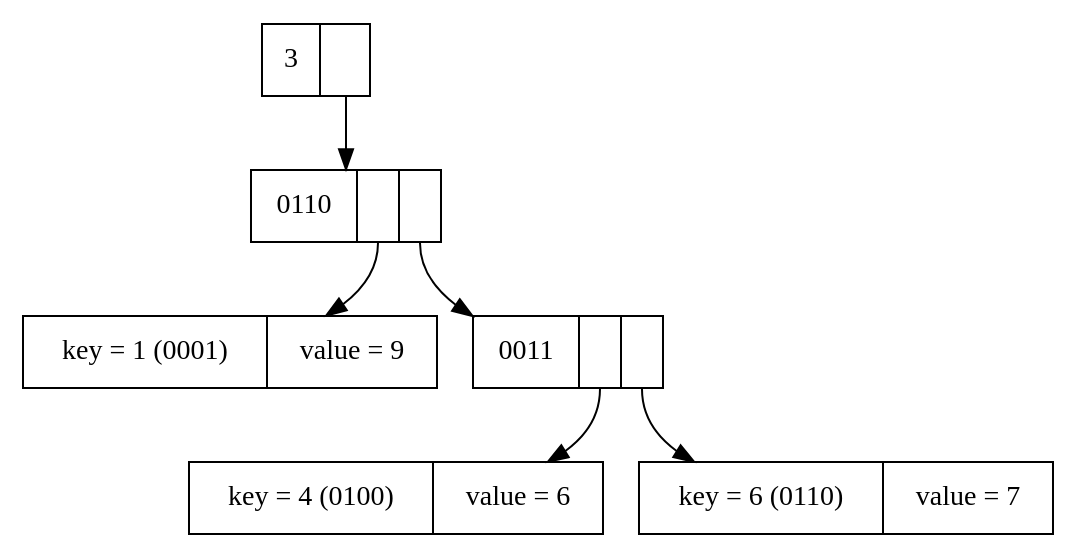
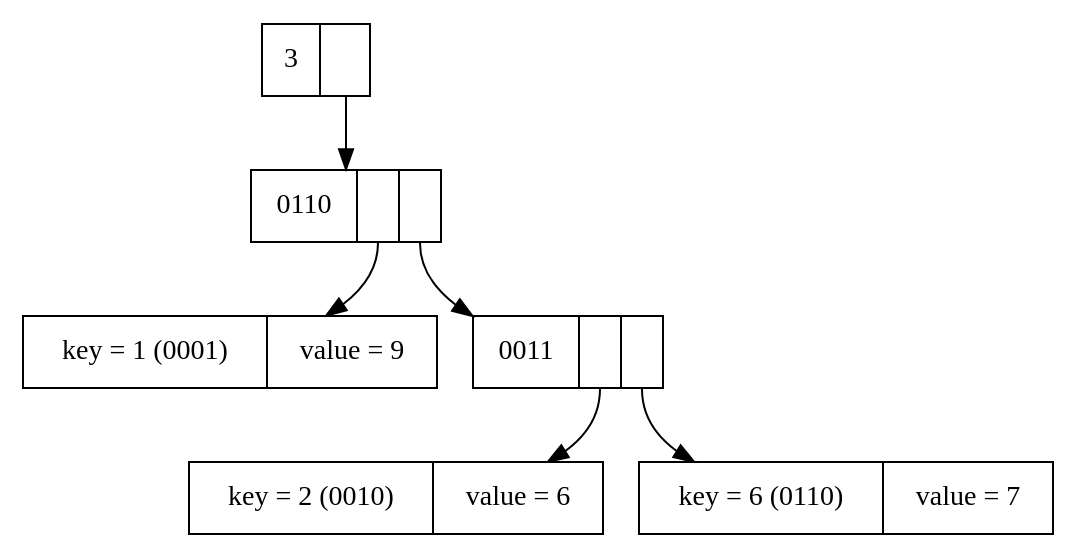
One commit to jpdarago/charla-funcional changed the diagram in dot/hamt-comprimido.dot. Above: the diagram before and after it, drawn with Graphviz. The commit also changed 2 other files, not shown here.

```diff
--- a/dot/hamt-comprimido.dot
+++ b/dot/hamt-comprimido.dot
@@ -1,31 +1,31 @@
 digraph hamtcomprimido {
    root [
         label = "3 | <f0>"
         shape = "record"
    ]
    node0 [
         label = "0110 | <f0> | <f1>"
         shape = "record"
    ]
    node1 [
         label = "key = 1 (0001) | value = 9"
         shape = "record"
    ]
    node2 [
         label = "0011 | <f0> | <f1>" 
         shape = "record"
    ]
    node3 [
-        label = "key = 4 (0100) | value = 6"
+        label = "key = 2 (0010) | value = 6"
         shape = "record"
    ]
    node4 [
         label = "key = 6 (0110)  | value = 7"
         shape = "record"
    ]
    root:f0 -> node0;
    node0:f0 -> node1;
    node0:f1 -> node2;
    node2:f0 -> node3;
    node2:f1 -> node4;
 }
```
